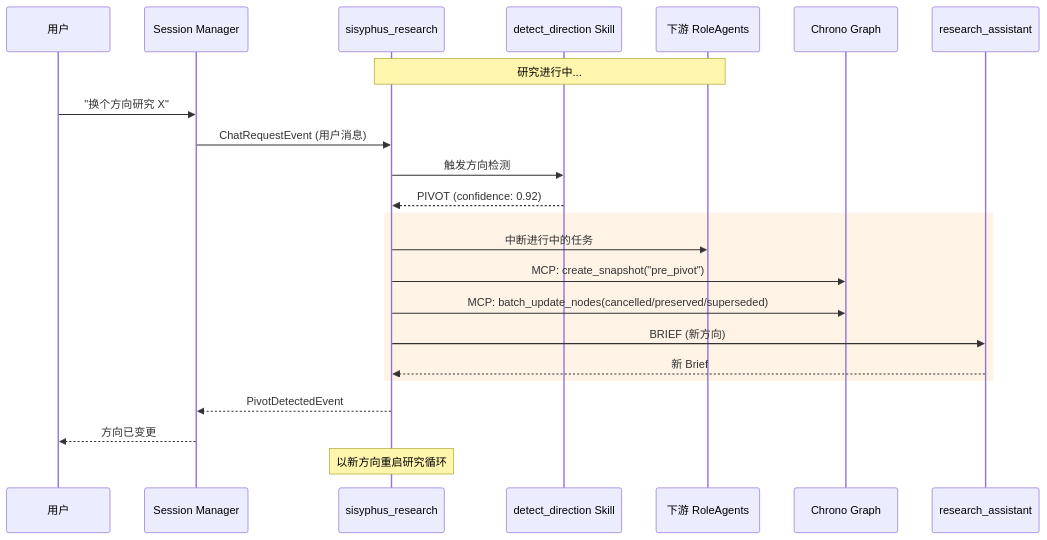
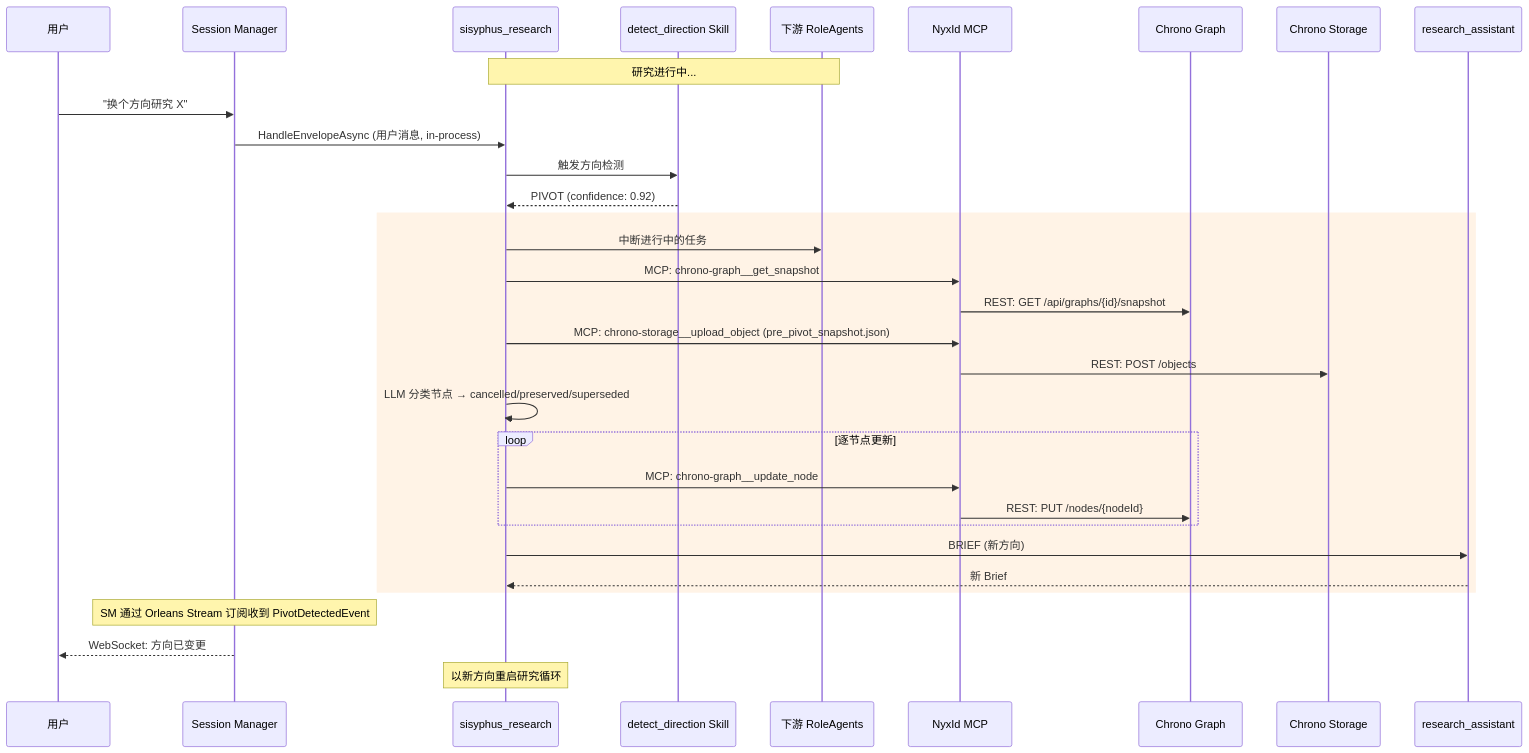
The seventh of 14 diagrams in apps/sisyphus/docs/Architecture.md (aevatarAI/aevatar), drawn with Mermaid before and after one commit. The commit also changed other lines of this file, not shown here.

Commit message:
Architecture update

````diff
--- a/apps/sisyphus/docs/Architecture.md
+++ b/apps/sisyphus/docs/Architecture.md
@@ -495,30 +635,39 @@
 ```mermaid
 sequenceDiagram
     participant User as 用户
     participant SM as Session Manager
     participant WF as sisyphus_research
     participant SKILL as detect_direction Skill
     participant Workers as 下游 RoleAgents
+    participant NYXID as NyxId MCP
     participant CG as Chrono Graph
+    participant CS as Chrono Storage
     participant RA as research_assistant
 
     Note over WF,Workers: 研究进行中...
 
     User->>SM: "换个方向研究 X"
-    SM->>WF: ChatRequestEvent (用户消息)
+    SM->>WF: HandleEnvelopeAsync (用户消息, in-process)
 
     WF->>SKILL: 触发方向检测
     SKILL-->>WF: PIVOT (confidence: 0.92)
 
     rect rgb(255, 243, 230)
         WF->>Workers: 中断进行中的任务
-        WF->>CG: MCP: create_snapshot("pre_pivot")
-        WF->>CG: MCP: batch_update_nodes(cancelled/preserved/superseded)
+        WF->>NYXID: MCP: chrono-graph__get_snapshot
+        NYXID->>CG: REST: GET /api/graphs/{id}/snapshot
+        WF->>NYXID: MCP: chrono-storage__upload_object (pre_pivot_snapshot.json)
+        NYXID->>CS: REST: POST /objects
+        WF->>WF: LLM 分类节点 → cancelled/preserved/superseded
+        loop 逐节点更新
+            WF->>NYXID: MCP: chrono-graph__update_node
+            NYXID->>CG: REST: PUT /nodes/{nodeId}
+        end
         WF->>RA: BRIEF (新方向)
         RA-->>WF: 新 Brief
     end
 
-    WF-->>SM: PivotDetectedEvent
-    SM-->>User: 方向已变更
+    Note over SM: SM 通过 Orleans Stream 订阅收到 PivotDetectedEvent
+    SM-->>User: WebSocket: 方向已变更
     Note over WF: 以新方向重启研究循环
 ```
````
